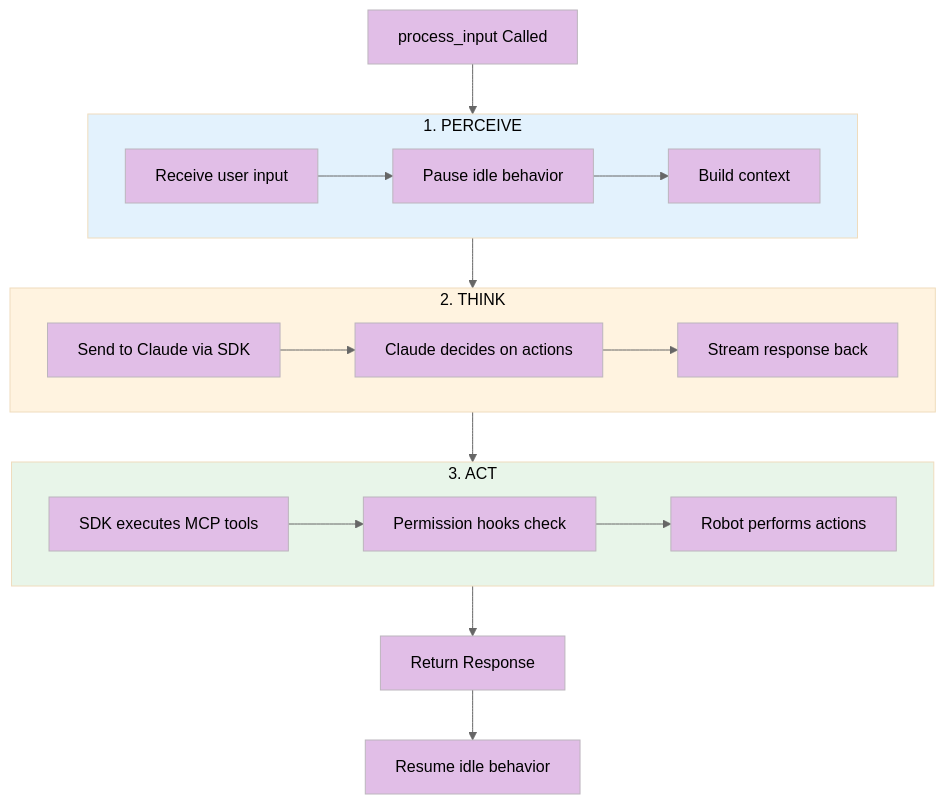
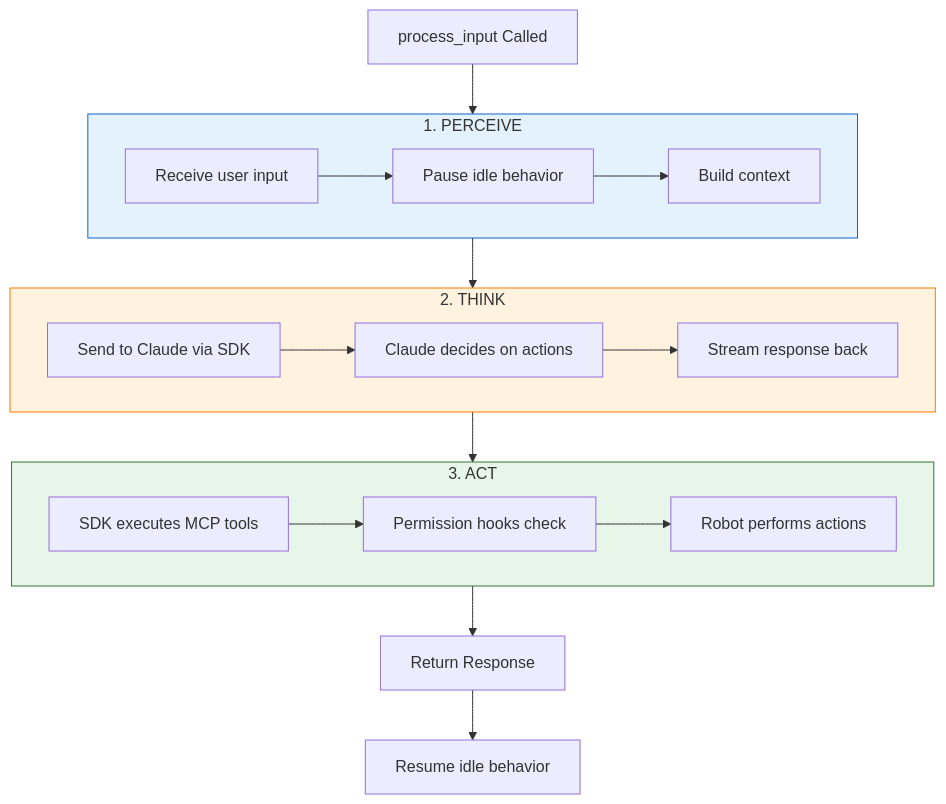
Before and after one commit to jawhnycooke/claude-in-the-shell: the first of 3 diagrams in docs/architecture/agent-loop.md, drawn with Mermaid. The commit also changed other lines of this file and 2 other files, not shown here.

First line of the commit message:
Improve MkDocs theme with light mode default and cleaner Mermaid diagrams

````diff
--- a/docs/architecture/agent-loop.md
+++ b/docs/architecture/agent-loop.md
@@ -7,37 +7,37 @@
 ```mermaid
-%%{init: {'theme': 'base', 'themeVariables': { 'primaryTextColor': '#000', 'secondaryTextColor': '#000', 'tertiaryTextColor': '#000', 'lineColor': '#666', 'primaryColor': '#e1bee7', 'secondaryColor': '#e3f2fd', 'tertiaryColor': '#fff3e0'}}}%%
+%%{init: {'theme': 'default'}}%%
 flowchart TB
     START[process_input Called] --> PERCEIVE
 
     subgraph PERCEIVE["1. PERCEIVE"]
         P1[Receive user input]
         P2[Pause idle behavior]
         P3[Build context]
         P1 --> P2 --> P3
     end
 
     PERCEIVE --> THINK
 
     subgraph THINK["2. THINK"]
         T1[Send to Claude via SDK]
         T2[Claude decides on actions]
         T3[Stream response back]
         T1 --> T2 --> T3
     end
 
     THINK --> ACT
 
     subgraph ACT["3. ACT"]
         A1[SDK executes MCP tools]
         A2[Permission hooks check]
         A3[Robot performs actions]
         A1 --> A2 --> A3
     end
 
     ACT --> RETURN[Return Response]
     RETURN --> RESUME[Resume idle behavior]
 
-    style PERCEIVE fill:#e3f2fd
-    style THINK fill:#fff3e0
-    style ACT fill:#e8f5e9
+    style PERCEIVE fill:#e3f2fd,stroke:#1565c0
+    style THINK fill:#fff3e0,stroke:#f57c00
+    style ACT fill:#e8f5e9,stroke:#2e7d32
 ```
````
